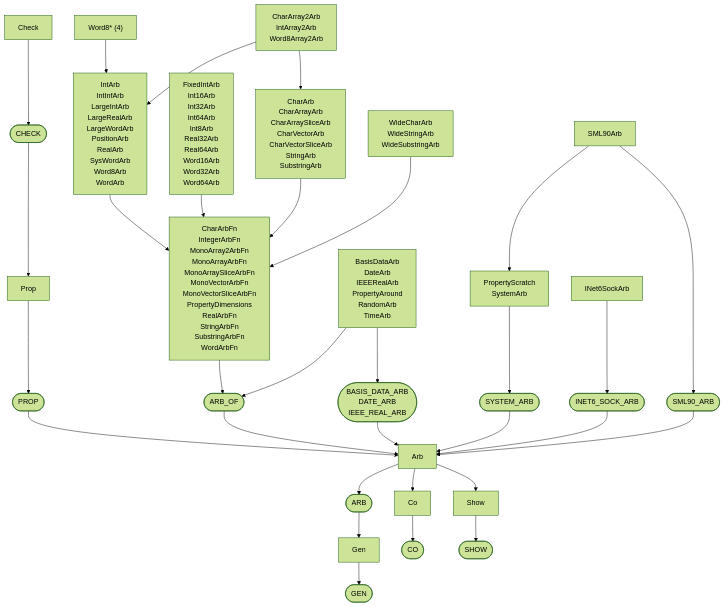
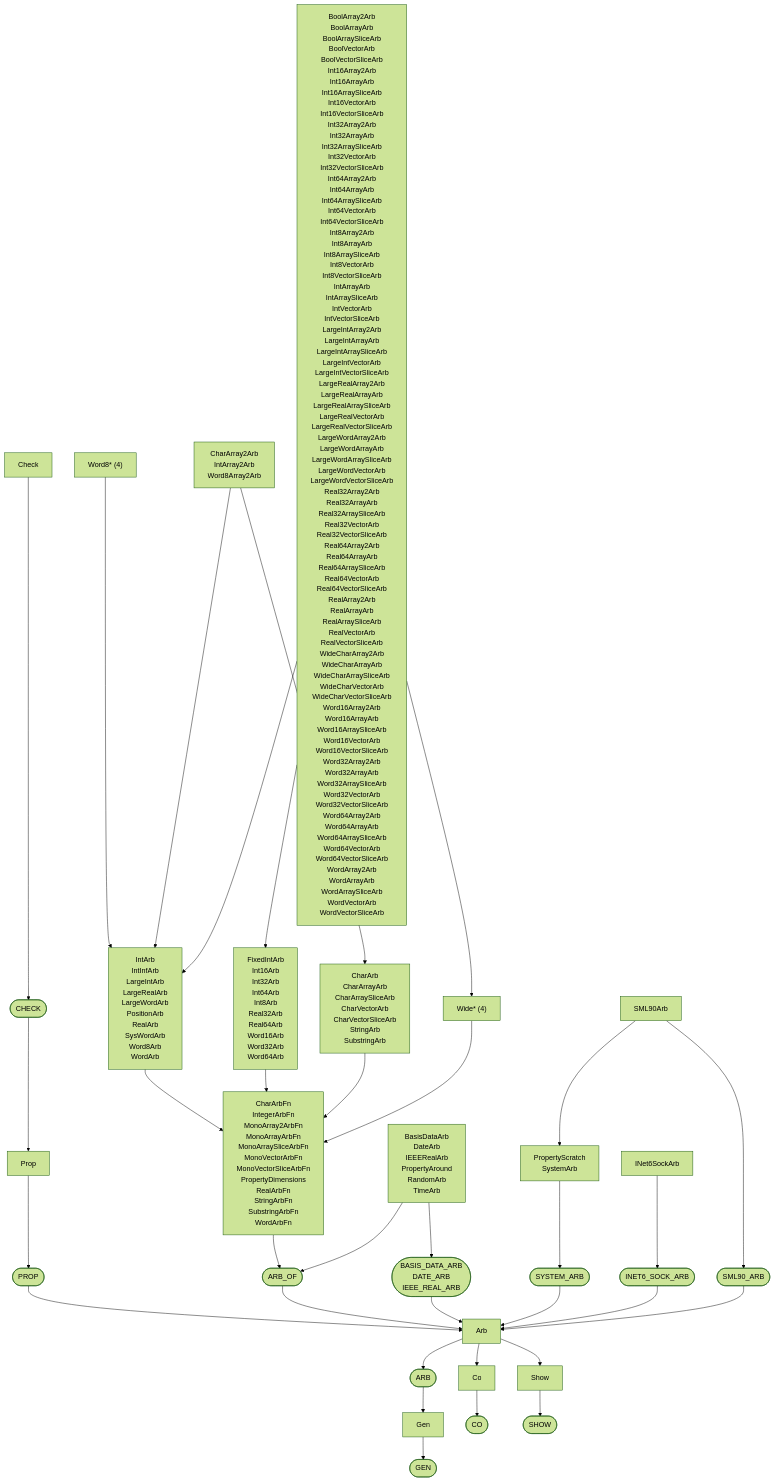
The third of 3 diagrams in docs/generated/test/property/depends.md (ruudkoot/rune), drawn with Mermaid (forest theme) before and after one commit. The commit also changed other lines of this file and 139 other files, not shown here.

````diff
--- a/docs/generated/test/property/depends.md
+++ b/docs/generated/test/property/depends.md
@@ -40,61 +40,65 @@
 ```mermaid
 flowchart TD
   n1(["GEN"])
   n2["Gen"]
   n3(["CO"])
   n4["Co"]
   n5(["SHOW"])
   n6["Show"]
   n7(["ARB"])
   n8["Arb"]
   n9(["PROP"])
   n10["Prop"]
   n11(["CHECK"])
   n12["Check"]
   n13(["ARB_OF"])
   n14["CharArbFn<br>IntegerArbFn<br>MonoArray2ArbFn<br>MonoArrayArbFn<br>MonoArraySliceArbFn<br>MonoVectorArbFn<br>MonoVectorSliceArbFn<br>PropertyDimensions<br>RealArbFn<br>StringArbFn<br>SubstringArbFn<br>WordArbFn"]
   n15(["BASIS_DATA_ARB<br>DATE_ARB<br>IEEE_REAL_ARB"])
   n16["BasisDataArb<br>DateArb<br>IEEERealArb<br>PropertyAround<br>RandomArb<br>TimeArb"]
   n17["IntArb<br>IntInfArb<br>LargeIntArb<br>LargeRealArb<br>LargeWordArb<br>PositionArb<br>RealArb<br>SysWordArb<br>Word8Arb<br>WordArb"]
   n18["FixedIntArb<br>Int16Arb<br>Int32Arb<br>Int64Arb<br>Int8Arb<br>Real32Arb<br>Real64Arb<br>Word16Arb<br>Word32Arb<br>Word64Arb"]
   n19["CharArb<br>CharArrayArb<br>CharArraySliceArb<br>CharVectorArb<br>CharVectorSliceArb<br>StringArb<br>SubstringArb"]
-  n20["WideCharArb<br>WideStringArb<br>WideSubstringArb"]
+  n20["Wide* (4)"]
   n21["Word8* (4)"]
   n22["CharArray2Arb<br>IntArray2Arb<br>Word8Array2Arb"]
   n23(["SYSTEM_ARB"])
   n24["PropertyScratch<br>SystemArb"]
   n25(["INET6_SOCK_ARB"])
   n26["INet6SockArb"]
   n27(["SML90_ARB"])
   n28["SML90Arb"]
+  n29["BoolArray2Arb<br>BoolArrayArb<br>BoolArraySliceArb<br>BoolVectorArb<br>BoolVectorSliceArb<br>Int16Array2Arb<br>Int16ArrayArb<br>Int16ArraySliceArb<br>Int16VectorArb<br>Int16VectorSliceArb<br>Int32Array2Arb<br>Int32ArrayArb<br>Int32ArraySliceArb<br>Int32VectorArb<br>Int32VectorSliceArb<br>Int64Array2Arb<br>Int64ArrayArb<br>Int64ArraySliceArb<br>Int64VectorArb<br>Int64VectorSliceArb<br>Int8Array2Arb<br>Int8ArrayArb<br>Int8ArraySliceArb<br>Int8VectorArb<br>Int8VectorSliceArb<br>IntArrayArb<br>IntArraySliceArb<br>IntVectorArb<br>IntVectorSliceArb<br>LargeIntArray2Arb<br>LargeIntArrayArb<br>LargeIntArraySliceArb<br>LargeIntVectorArb<br>LargeIntVectorSliceArb<br>LargeRealArray2Arb<br>LargeRealArrayArb<br>LargeRealArraySliceArb<br>LargeRealVectorArb<br>LargeRealVectorSliceArb<br>LargeWordArray2Arb<br>LargeWordArrayArb<br>LargeWordArraySliceArb<br>LargeWordVectorArb<br>LargeWordVectorSliceArb<br>Real32Array2Arb<br>Real32ArrayArb<br>Real32ArraySliceArb<br>Real32VectorArb<br>Real32VectorSliceArb<br>Real64Array2Arb<br>Real64ArrayArb<br>Real64ArraySliceArb<br>Real64VectorArb<br>Real64VectorSliceArb<br>RealArray2Arb<br>RealArrayArb<br>RealArraySliceArb<br>RealVectorArb<br>RealVectorSliceArb<br>WideCharArray2Arb<br>WideCharArrayArb<br>WideCharArraySliceArb<br>WideCharVectorArb<br>WideCharVectorSliceArb<br>Word16Array2Arb<br>Word16ArrayArb<br>Word16ArraySliceArb<br>Word16VectorArb<br>Word16VectorSliceArb<br>Word32Array2Arb<br>Word32ArrayArb<br>Word32ArraySliceArb<br>Word32VectorArb<br>Word32VectorSliceArb<br>Word64Array2Arb<br>Word64ArrayArb<br>Word64ArraySliceArb<br>Word64VectorArb<br>Word64VectorSliceArb<br>WordArray2Arb<br>WordArrayArb<br>WordArraySliceArb<br>WordVectorArb<br>WordVectorSliceArb"]
   n2 --> n1
   n4 --> n3
   n6 --> n5
   n7 --> n2
   n8 --> n7
   n8 --> n4
   n8 --> n6
   n9 --> n8
   n10 --> n9
   n11 --> n10
   n12 --> n11
   n13 --> n8
   n14 --> n13
   n15 --> n8
   n16 --> n13
   n16 --> n15
   n17 --> n14
   n18 --> n14
   n19 --> n14
   n20 --> n14
   n21 --> n17
   n22 --> n19
   n22 --> n17
   n23 --> n8
   n24 --> n23
   n25 --> n8
   n26 --> n25
   n27 --> n8
   n28 --> n24
   n28 --> n27
+  n29 --> n18
+  n29 --> n17
+  n29 --> n20
 ```
````
